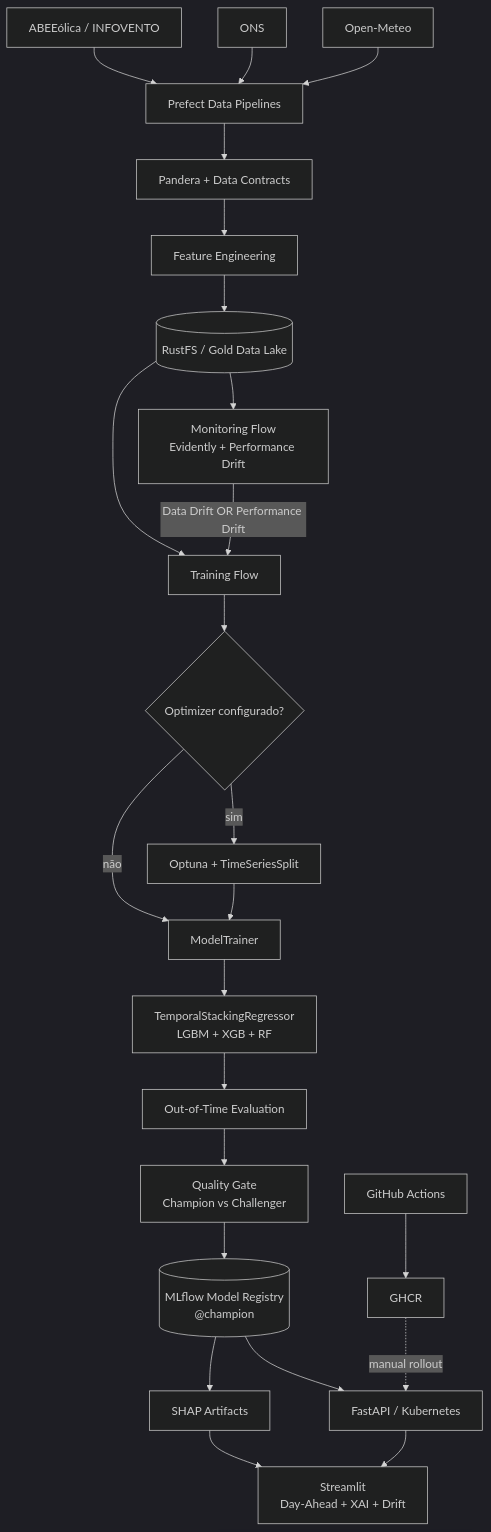
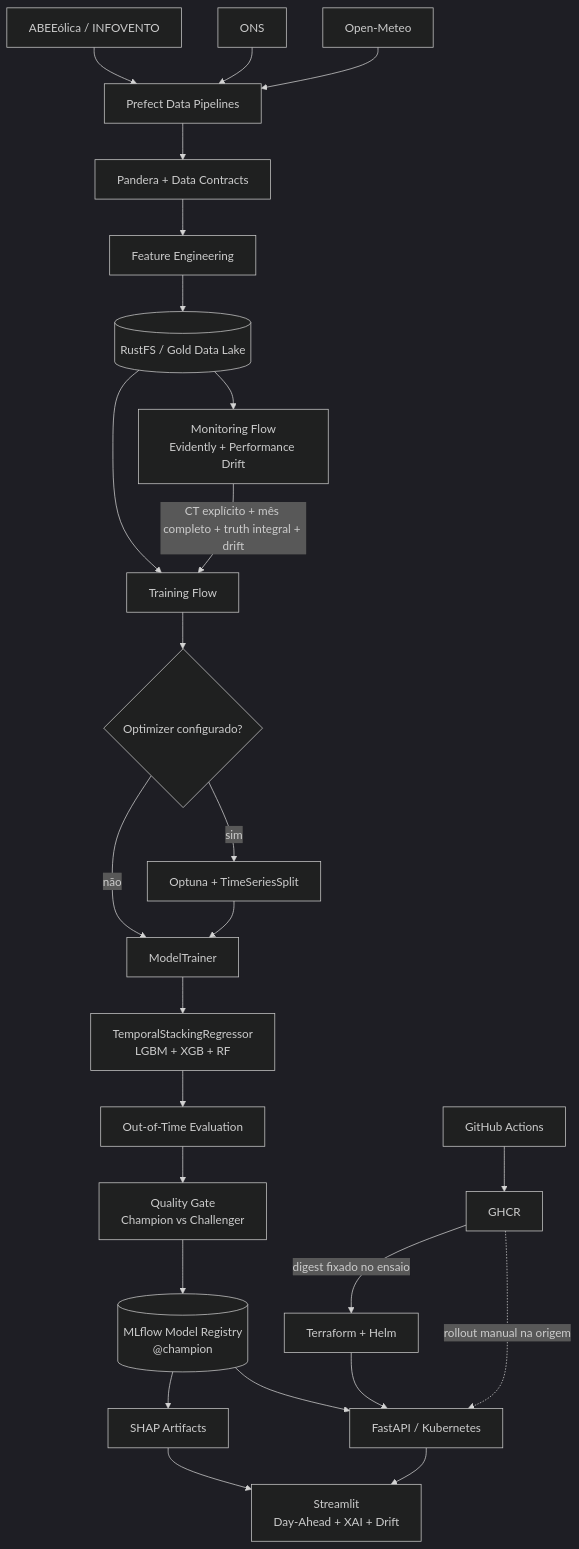
The diagram in README.md (wanderson42/renewable-energy-mlops), drawn with Mermaid (dark theme) before and after one commit. The commit also changed other lines of this file and 6 other files, not shown here.

````diff
--- a/README.md
+++ b/README.md
@@ -18,30 +18,32 @@
 ```mermaid
 flowchart TD
     OM[Open-Meteo] --> ING[Prefect Data Pipelines]
     ONS[ONS] --> ING
     ABE[ABEEólica / INFOVENTO] --> ING
     ING --> VAL[Pandera + Data Contracts]
     VAL --> FE[Feature Engineering]
     FE --> GOLD[(RustFS / Gold Data Lake)]
 
     GOLD --> MON[Monitoring Flow\nEvidently + Performance Drift]
     GOLD --> TRAIN[Training Flow]
 
-    MON -->|Data Drift OR Performance Drift| TRAIN
+    MON -->|CT explícito + mês completo + truth integral + drift| TRAIN
     TRAIN --> OPT{Optimizer configurado?}
     OPT -->|sim| OP[Optuna + TimeSeriesSplit]
     OPT -->|não| TR[ModelTrainer]
     OP --> TR
     TR --> STACK[TemporalStackingRegressor\nLGBM + XGB + RF]
     STACK --> OOT[Out-of-Time Evaluation]
     OOT --> GATE[Quality Gate\nChampion vs Challenger]
     GATE --> REG[(MLflow Model Registry\n@champion)]
 
     REG --> API[FastAPI / Kubernetes]
     API --> DASH[Streamlit\nDay-Ahead + XAI + Drift]
     REG --> XAI[SHAP Artifacts]
     XAI --> DASH
 
     GHA[GitHub Actions] --> GHCR[GHCR]
-    GHCR -. manual rollout .-> API
+    GHCR -. rollout manual na origem .-> API
+    GHCR -->|digest fixado no ensaio| DEPLOY[Terraform + Helm]
+    DEPLOY --> API
 ```
````
